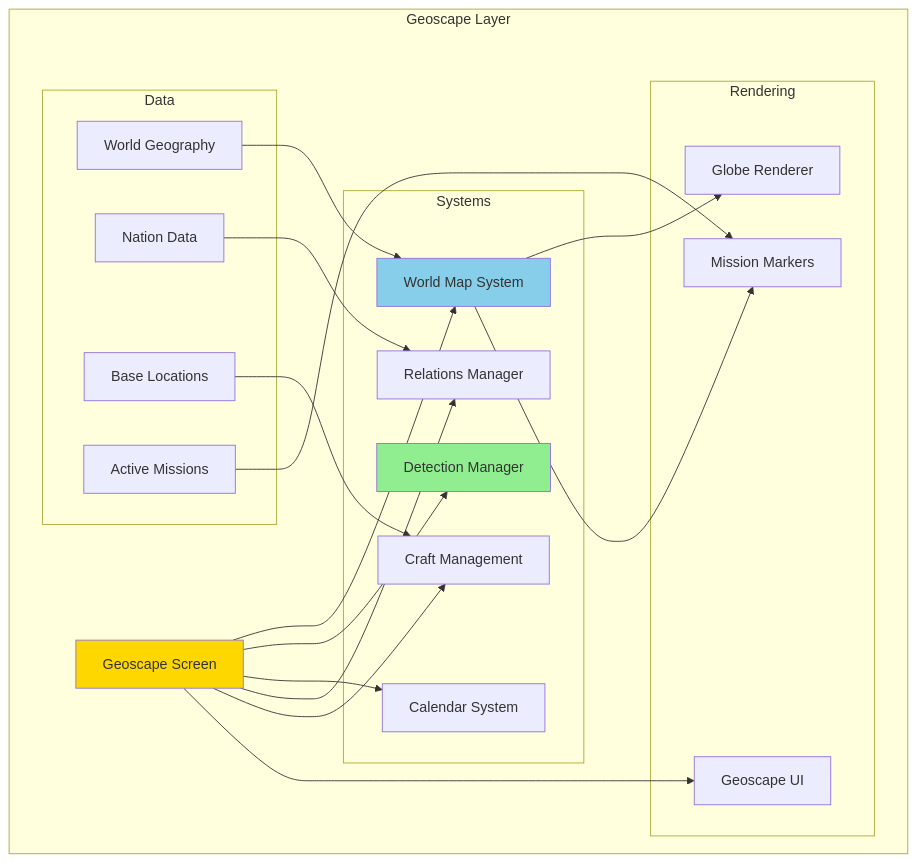
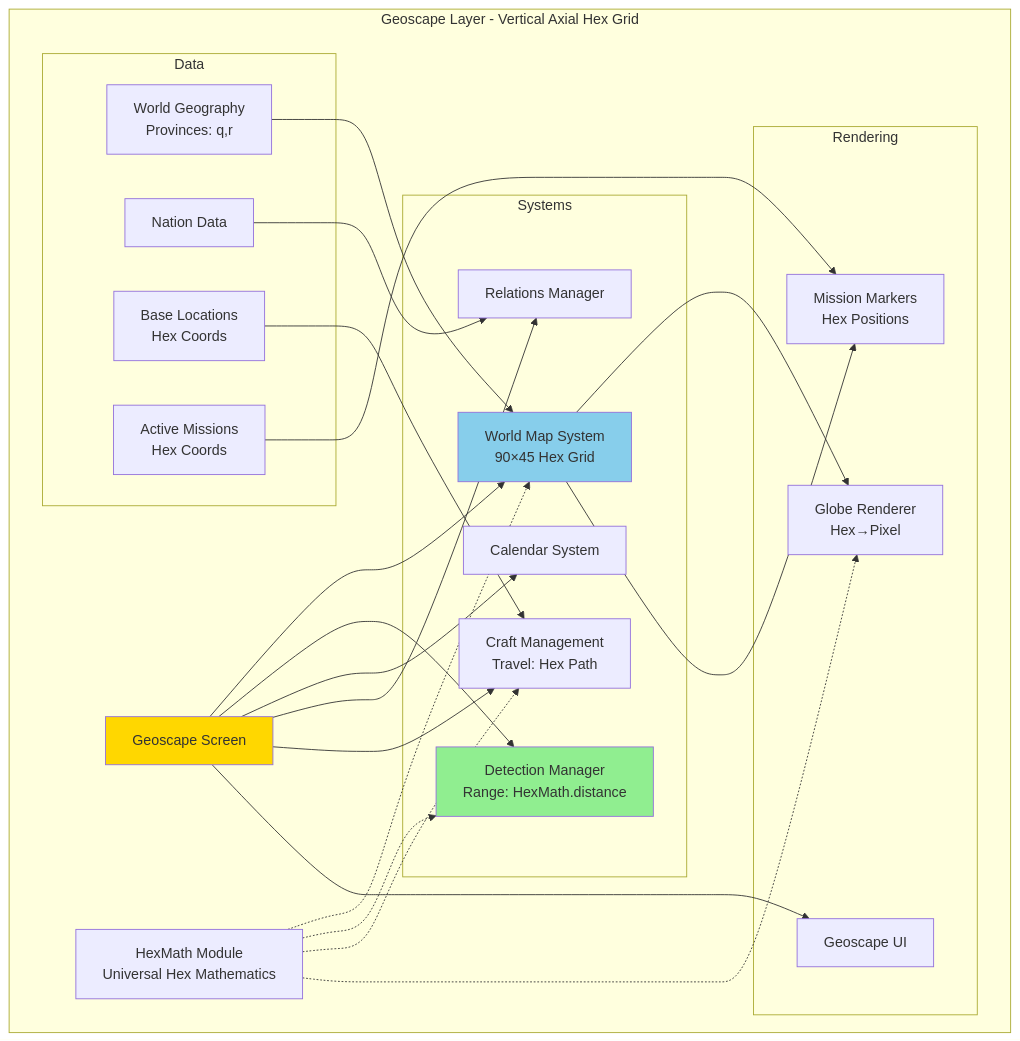
One commit to Bladum/AlienFall changed the first of 10 diagrams in architecture/layers/GEOSCAPE.md. Above: the diagram before and after it, drawn with Mermaid. The commit also changed other lines of this file and 30 other files, not shown here.

First line of the commit message:
feat(migration): Add detailed checklist and helper scripts for vertical axial migration

````diff
--- a/architecture/layers/GEOSCAPE.md
+++ b/architecture/layers/GEOSCAPE.md
@@ -17,46 +31,51 @@
 ```mermaid
 graph TB
-    subgraph "Geoscape Layer"
+    subgraph "Geoscape Layer - Vertical Axial Hex Grid"
         Screen[Geoscape Screen]
+        HexMath[HexMath Module<br/>Universal Hex Mathematics]
         
         subgraph "Systems"
-            WorldMap[World Map System]
-            Detection[Detection Manager]
+            WorldMap[World Map System<br/>90×45 Hex Grid]
+            Detection[Detection Manager<br/>Range: HexMath.distance]
             Calendar[Calendar System]
             Relations[Relations Manager]
-            CraftMgmt[Craft Management]
+            CraftMgmt[Craft Management<br/>Travel: Hex Path]
         end
         
         subgraph "Rendering"
-            Globe[Globe Renderer]
+            Globe[Globe Renderer<br/>Hex→Pixel]
             UI[Geoscape UI]
-            Markers[Mission Markers]
+            Markers[Mission Markers<br/>Hex Positions]
         end
         
         subgraph "Data"
-            WorldData[World Geography]
+            WorldData[World Geography<br/>Provinces: q,r]
             Nations[Nation Data]
-            Bases[Base Locations]
-            Missions[Active Missions]
+            Bases[Base Locations<br/>Hex Coords]
+            Missions[Active Missions<br/>Hex Coords]
         end
     end
     
     Screen --> WorldMap
     Screen --> Detection
     Screen --> Calendar
     Screen --> Relations
     Screen --> CraftMgmt
+    HexMath -.-> WorldMap
+    HexMath -.-> Detection
+    HexMath -.-> CraftMgmt
+    HexMath -.-> Globe
     
     WorldMap --> Globe
     WorldMap --> Markers
     Screen --> UI
     
     WorldData --> WorldMap
     Nations --> Relations
     Bases --> CraftMgmt
     Missions --> Markers
     
     style Screen fill:#FFD700
     style WorldMap fill:#87CEEB
     style Detection fill:#90EE90
 ```
````
